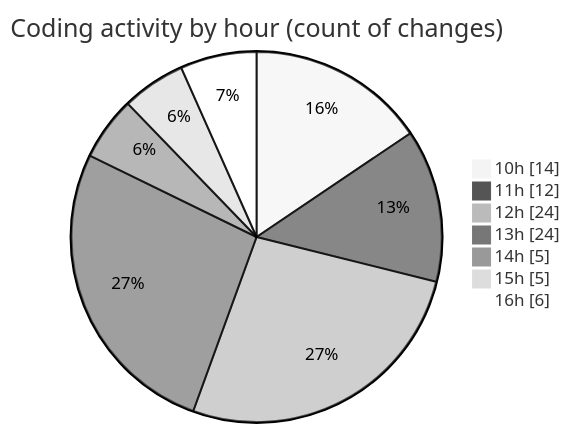
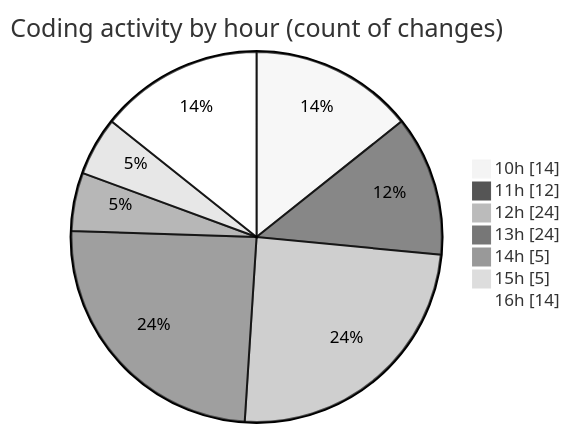
Before and after one commit to momahboobian/code-tracking: the second of 2 diagrams in 2025-09-29/cda/README.md, drawn with Mermaid (neutral theme). The commit also changed other lines of this file and 1 other file, not shown here.

````diff
--- a/2025-09-29/cda/README.md
+++ b/2025-09-29/cda/README.md
@@ -45,11 +48,11 @@
 ```mermaid
 pie showData
 title Coding activity by hour (count of changes)
 "10h" : 14
 "11h" : 12
 "12h" : 24
 "13h" : 24
 "14h" : 5
 "15h" : 5
-"16h" : 6
+"16h" : 14
 ```
````
